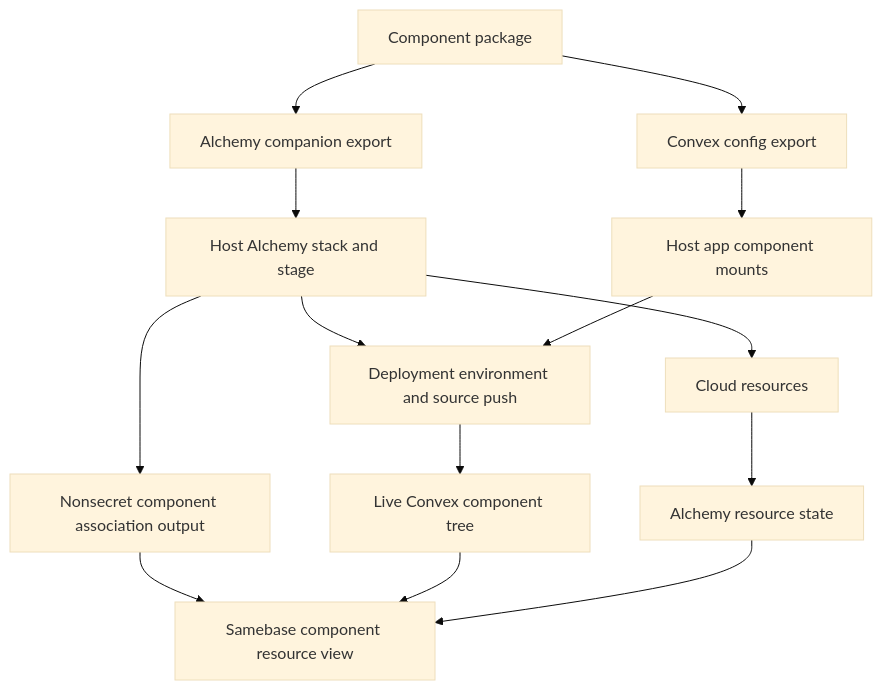
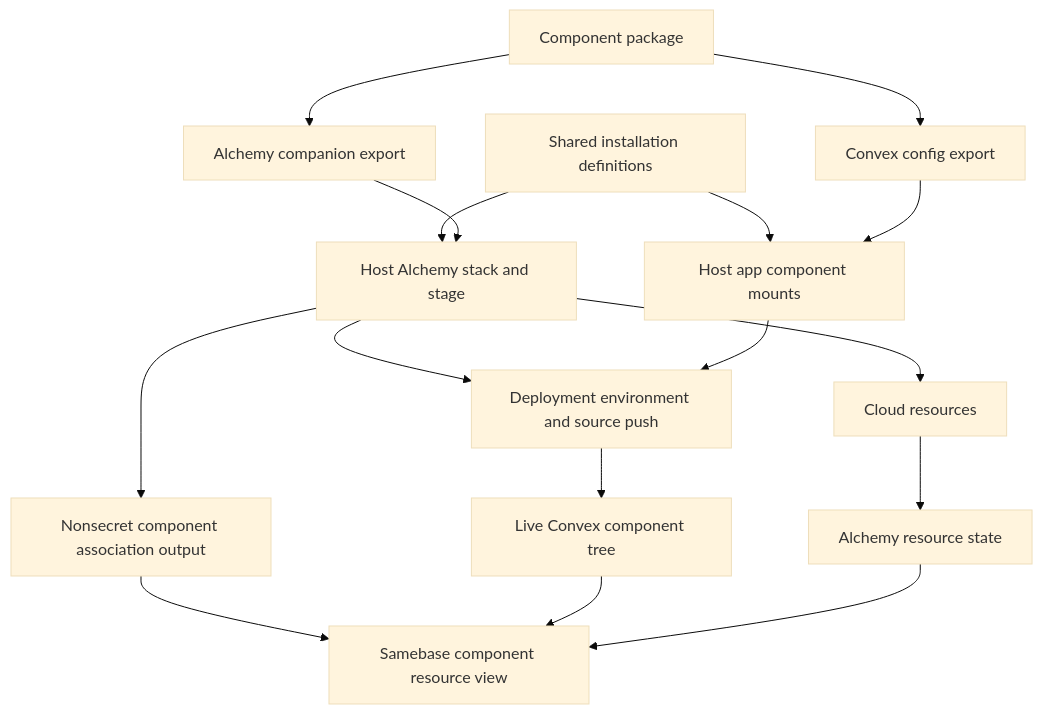
The diagram in research/2026-10-22-convex-component-alchemy-resources.md (samebase/samebase), drawn with Mermaid (base theme) before and after one commit. The commit also changed other lines of this file, not shown here.

Commit message:
Refine component infrastructure around shared installations

````diff
--- a/research/2026-10-22-convex-component-alchemy-resources.md
+++ b/research/2026-10-22-convex-component-alchemy-resources.md
@@ -160,16 +212,18 @@
 ```mermaid
 flowchart TD
   P[Component package] --> C[Convex config export]
   P --> A[Alchemy companion export]
+  D[Shared installation definitions] --> H
+  D --> S
   C --> H[Host app component mounts]
   A --> S[Host Alchemy stack and stage]
   S --> R[Cloud resources]
   S --> E[Deployment environment and source push]
   H --> E
   S --> M[Nonsecret component association output]
   E --> T[Live Convex component tree]
   M --> U[Samebase component resource view]
   T --> U
   R --> I[Alchemy resource state]
   I --> U
 ```
````
